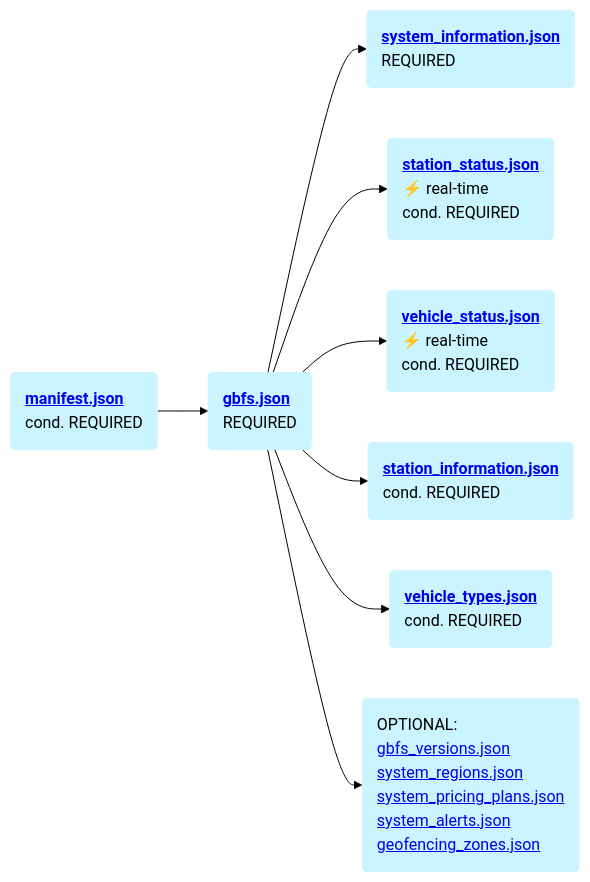
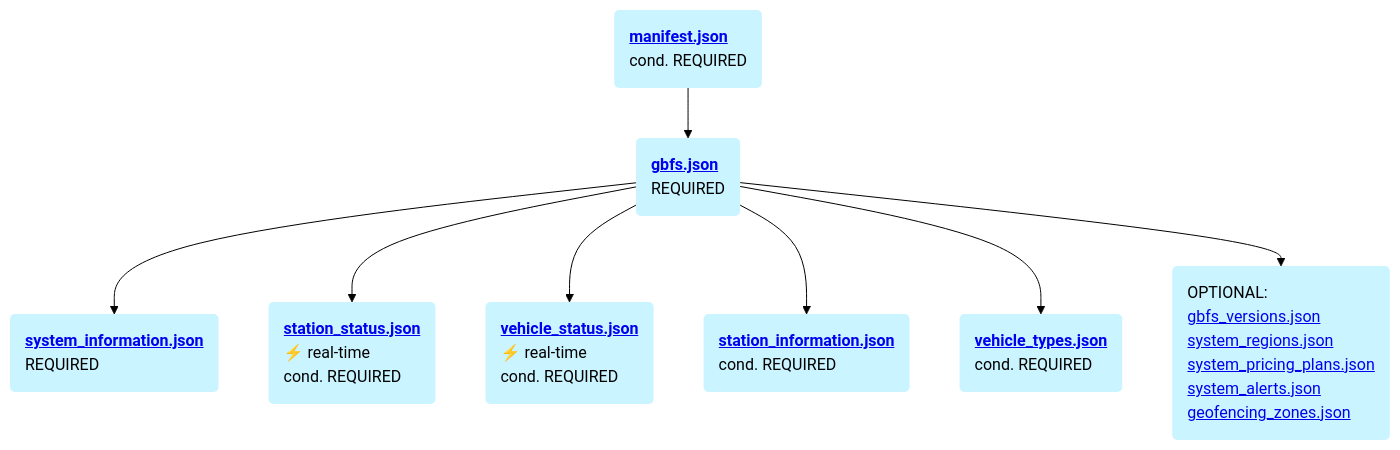
Before and after one commit to MobilityData/gbfs.org: the third of 4 diagrams in docs/en/get-started.md, drawn with Mermaid (forest theme). The commit also changed 2 other files, not shown here.

Commit message:
Change GBFS structure diagram to horizontal

````diff
--- a/docs/en/get-started.md
+++ b/docs/en/get-started.md
@@ -98,28 +98,28 @@
 ```mermaid
-flowchart LR
+flowchart TB
   classDef blue fill:#CAF4FF,stroke-width:0px,text-align:left;
 
   A(<b><a href="https://github.com/MobilityData/gbfs/blob/master/gbfs.md#manifestjson">manifest.json</a></b>
   cond. REQUIRED) --> B(<b><a href="https://github.com/MobilityData/gbfs/blob/master/gbfs.md#gbfsjson">gbfs.json</a></b>
   REQUIRED)
   B --> C(<b><a href="https://github.com/MobilityData/gbfs/blob/master/gbfs.md#system_informationjson">system_information.json</a></b>
   REQUIRED)
   B --> D(<b><a href="https://github.com/MobilityData/gbfs/blob/master/gbfs.md#station_statusjson">station_status.json</a></b>
   ⚡️ real-time
   cond. REQUIRED)
   B --> E(<b><a href="https://github.com/MobilityData/gbfs/blob/master/gbfs.md#vehicle_statusjson">vehicle_status.json</a></b>
   ⚡️ real-time
   cond. REQUIRED)
   B --> F(<b><a href="https://github.com/MobilityData/gbfs/blob/master/gbfs.md#station_informationjson">station_information.json</a></b>
   cond. REQUIRED)
   B --> G(<b><a href="https://github.com/MobilityData/gbfs/blob/master/gbfs.md#vehicle_typesjson">vehicle_types.json</a></b>
   cond. REQUIRED)
   B --> H(OPTIONAL:
   <a href="https://github.com/MobilityData/gbfs/blob/master/gbfs.md#gbfs_versionsjson">gbfs_versions.json</a>
   <a href="https://github.com/MobilityData/gbfs/blob/master/gbfs.md#system_regionsjson">system_regions.json</a>
   <a href="https://github.com/MobilityData/gbfs/blob/master/gbfs.md#system_pricing_plansjson">system_pricing_plans.json</a>
   <a href="https://github.com/MobilityData/gbfs/blob/master/gbfs.md#system_alertsjson">system_alerts.json</a>
   <a href="https://github.com/MobilityData/gbfs/blob/master/gbfs.md#geofencing_zonesjson">geofencing_zones.json</a>)
 
   class A,B,C,D,E,F,G,H blue
 ```
````
